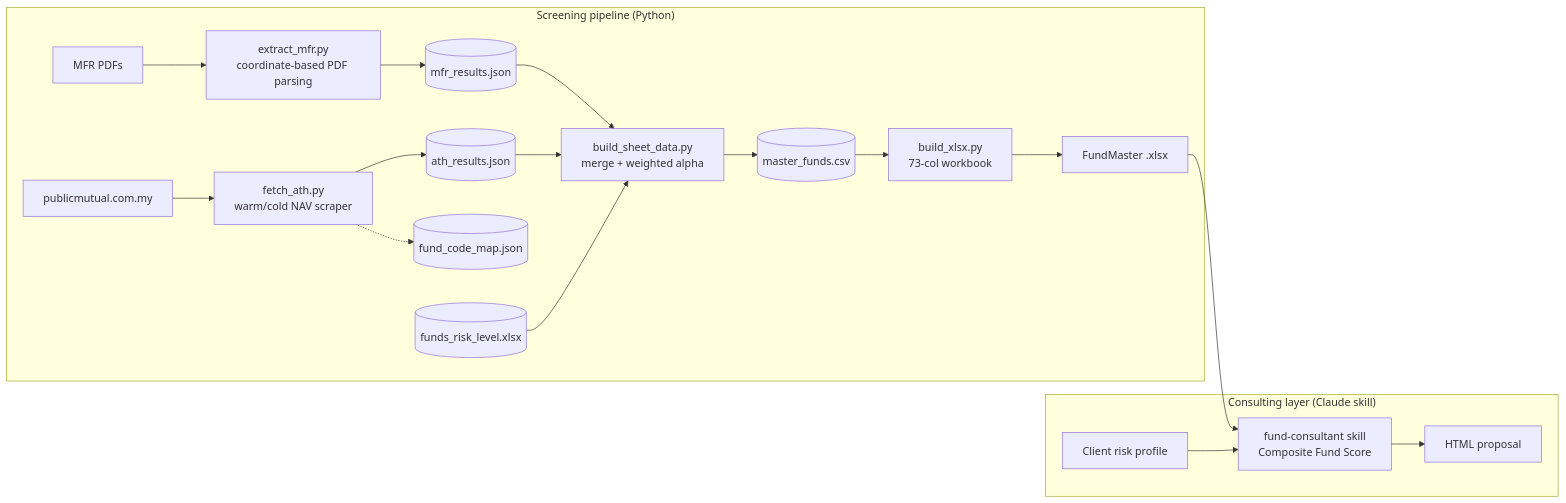
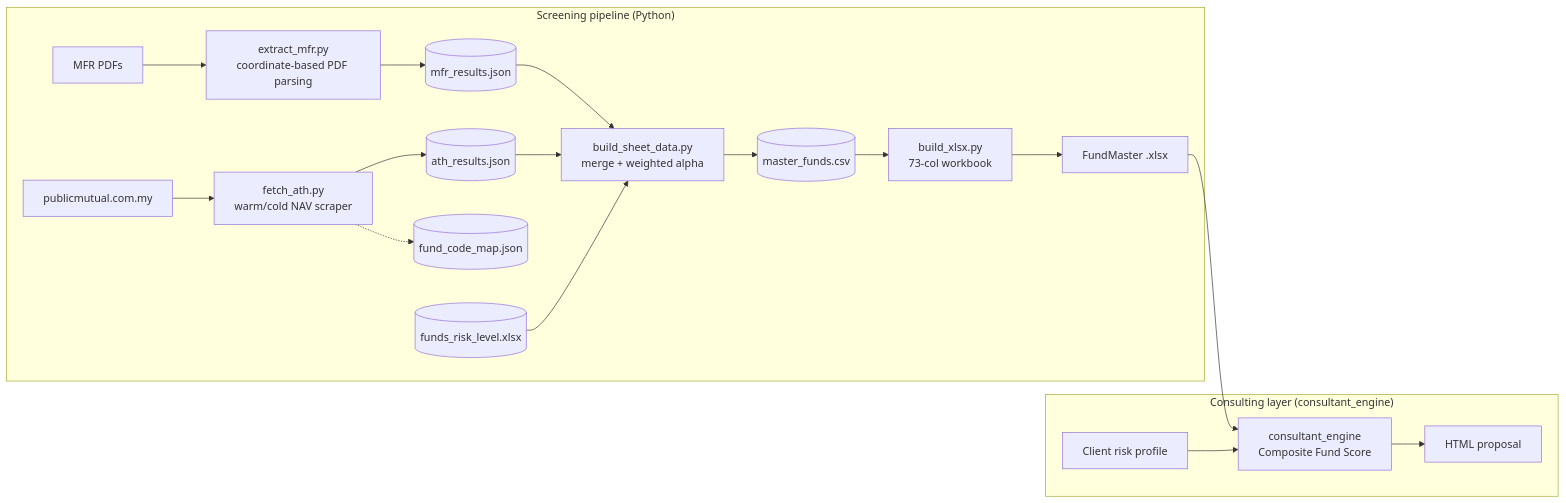
One commit to solidx86/public-mutual-funds-analyzer changed the diagram in README.md. Above: the diagram before and after it, drawn with Mermaid. The commit also changed other lines of this file and 2 other files, not shown here.

First line of the commit message:
docs: point consultant docs at consultant_engine CLI

````diff
--- a/README.md
+++ b/README.md
@@ -9,21 +9,21 @@
 ```mermaid
 flowchart LR
     subgraph SP["Screening pipeline (Python)"]
         MFR[MFR PDFs] --> EX[extract_mfr.py<br/>coordinate-based PDF parsing]
         WEB[publicmutual.com.my] --> ATH[fetch_ath.py<br/>warm/cold NAV scraper]
         EX --> MJ[(mfr_results.json)]
         ATH --> AJ[(ath_results.json)]
         ATH -.-> FC[(fund_code_map.json)]
         MJ --> BS[build_sheet_data.py<br/>merge + weighted alpha]
         AJ --> BS
         RL[(funds_risk_level.xlsx)] --> BS
         BS --> CSV[(master_funds.csv)]
         CSV --> BX[build_xlsx.py<br/>73-col workbook]
         BX --> FM[FundMaster .xlsx]
     end
-    subgraph CL["Consulting layer (Claude skill)"]
-        FM --> SK[fund-consultant skill<br/>Composite Fund Score]
+    subgraph CL["Consulting layer (consultant_engine)"]
+        FM --> SK[consultant_engine<br/>Composite Fund Score]
         RP[Client risk profile] --> SK
         SK --> PR[HTML proposal]
     end
 ```
````
